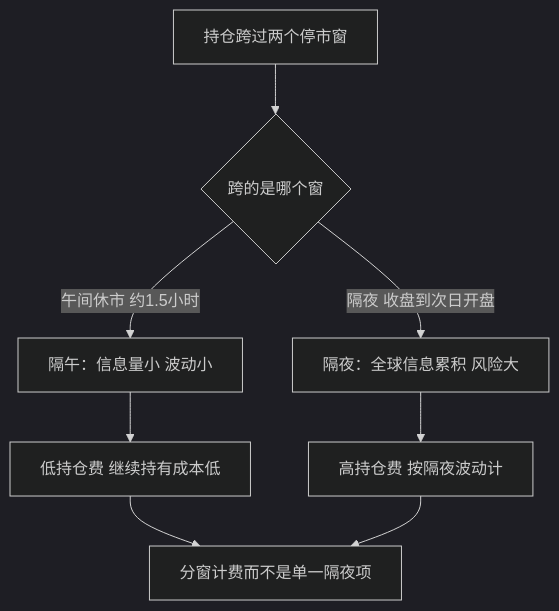
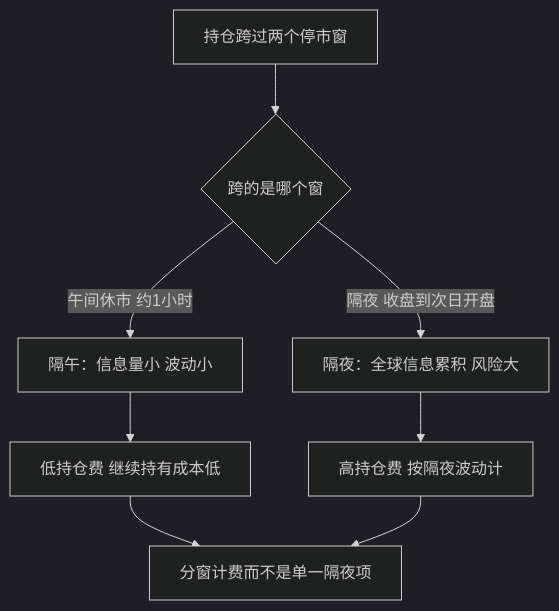
The second of 2 diagrams in docs/quant/gm-japan.md (xhongduo-tech/xhongduo-tech.github.io), drawn with Mermaid (dark theme) before and after one commit. The commit also changed 4 other files, not shown here.

````diff
--- a/docs/quant/gm-japan.md
+++ b/docs/quant/gm-japan.md
@@ -48,10 +48,10 @@
 ```mermaid
 flowchart TD
   Hold["持仓跨过两个停市窗"] --> W1{"跨的是哪个窗"}
-  W1 -- "午间休市 约1.5小时" --> Lunch["隔午：信息量小 波动小"]
+  W1 -- "午间休市 约1小时" --> Lunch["隔午：信息量小 波动小"]
   W1 -- "隔夜 收盘到次日开盘" --> Night["隔夜：全球信息累积 风险大"]
   Lunch --> Fee1["低持仓费 继续持有成本低"]
   Night --> Fee2["高持仓费 按隔夜波动计"]
   Fee1 --> Split["分窗计费而不是单一隔夜项"]
   Fee2 --> Split
 ```
````
